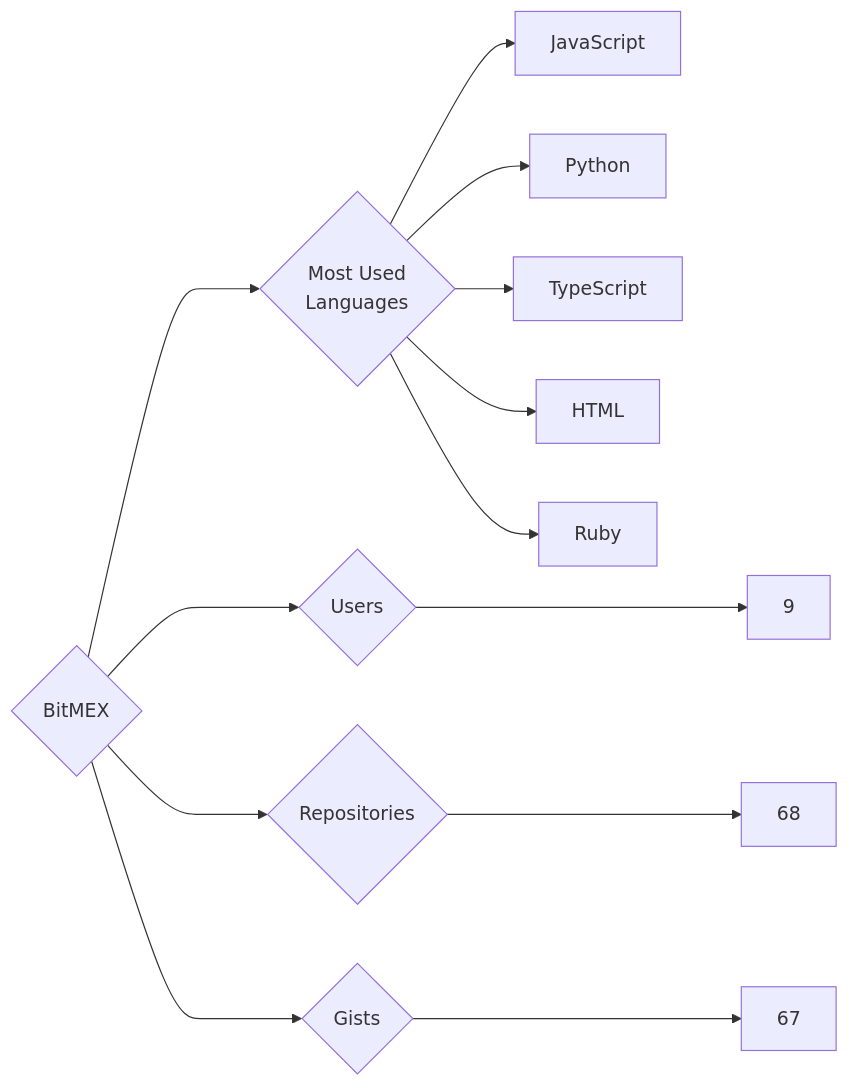
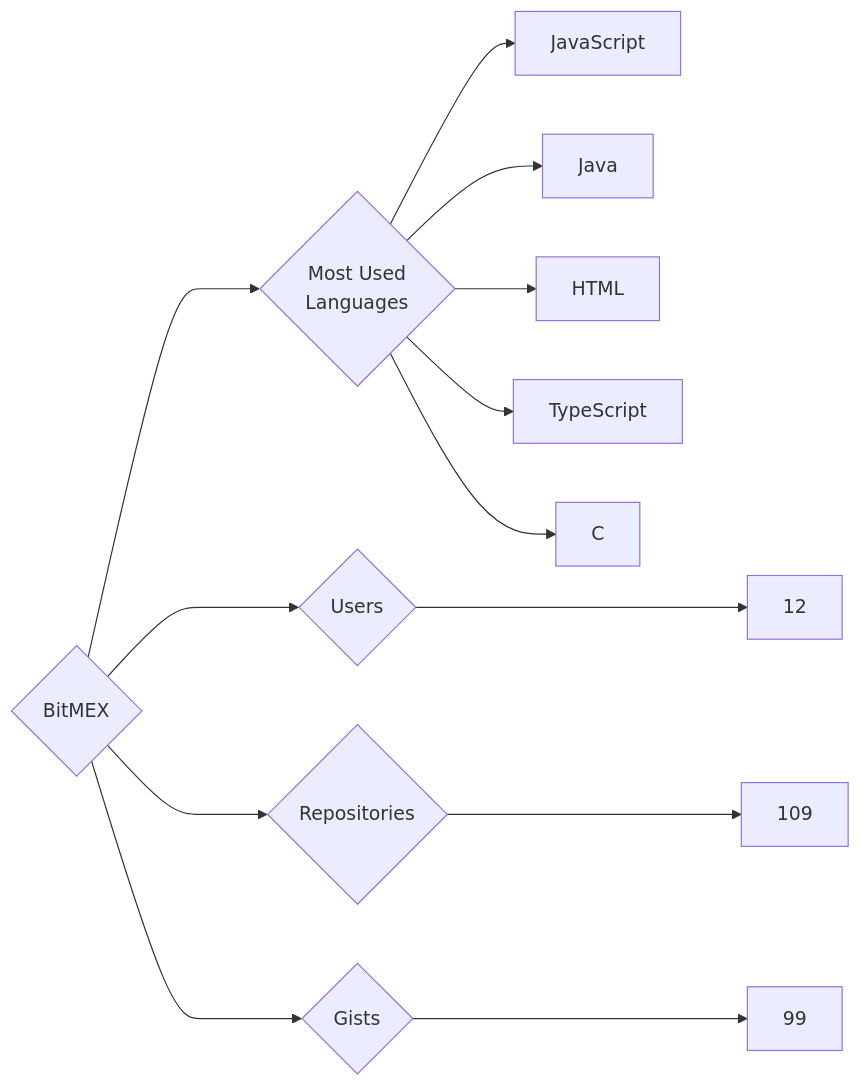
Before and after one commit to trickest/insiders: the diagram in targets/BitMEX/README.md, drawn with Mermaid. The commit also changed 1212 other files, not shown here.

````diff
--- a/targets/BitMEX/README.md
+++ b/targets/BitMEX/README.md
@@ -3,13 +3,13 @@
 ```mermaid
 graph LR
 COMPANY_NAME{BitMEX}
-COMPANY_NAME ---> U{Users} ---> UN[9]
-COMPANY_NAME ---> R{Repositories} ---> RN[68]
-COMPANY_NAME ---> G{Gists} ---> GN[67]
+COMPANY_NAME ---> U{Users} ---> UN[12]
+COMPANY_NAME ---> R{Repositories} ---> RN[109]
+COMPANY_NAME ---> G{Gists} ---> GN[99]
 COMPANY_NAME ---> ML{Most Used<br>Languages}
 ML --> JavaScript[JavaScript]
-ML --> Python[Python]
+ML --> Java[Java]
+ML --> HTML[HTML]
 ML --> TypeScript[TypeScript]
-ML --> HTML[HTML]
-ML --> Ruby[Ruby]
+ML --> C[C]
 ```
````
